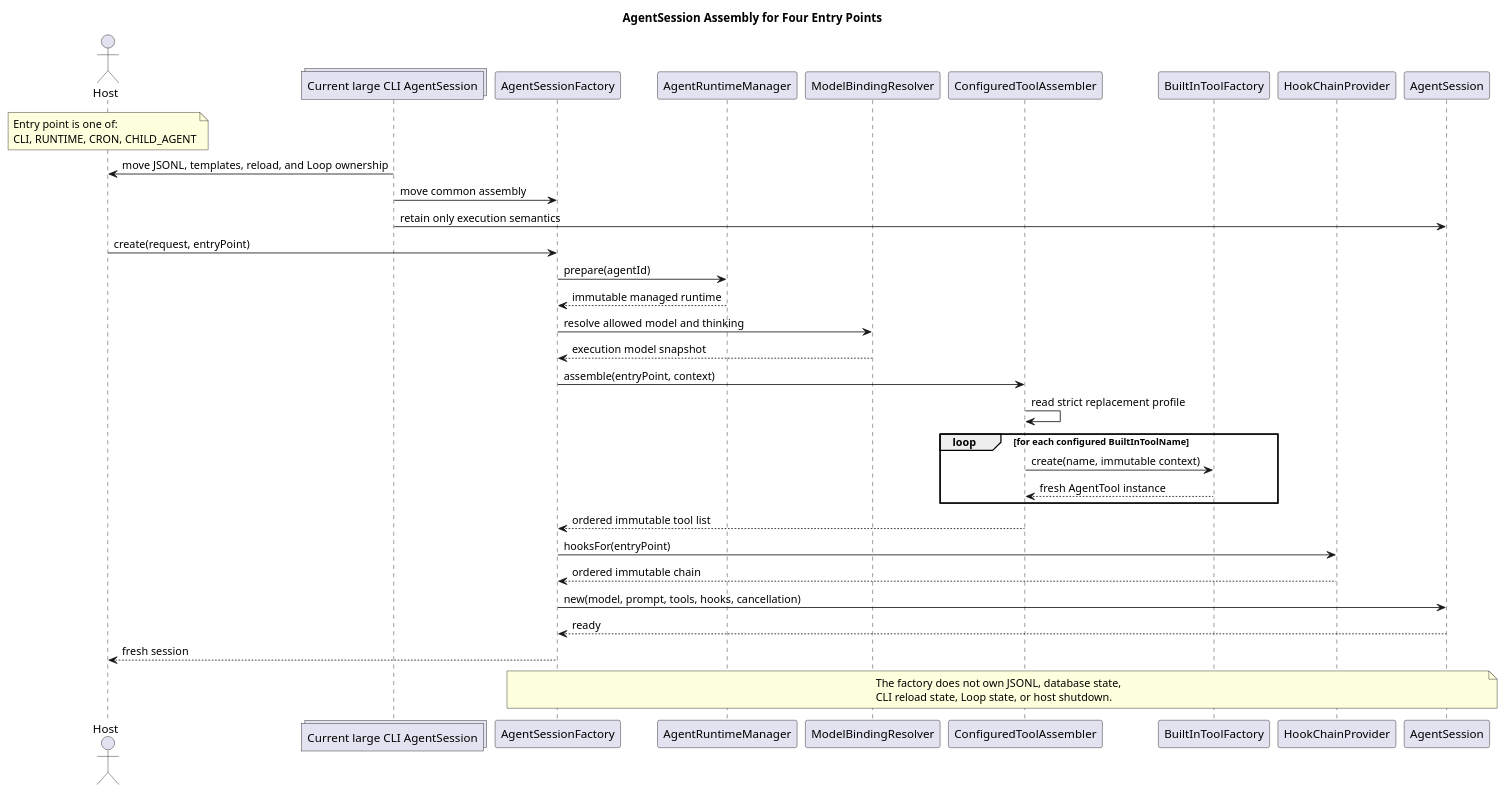
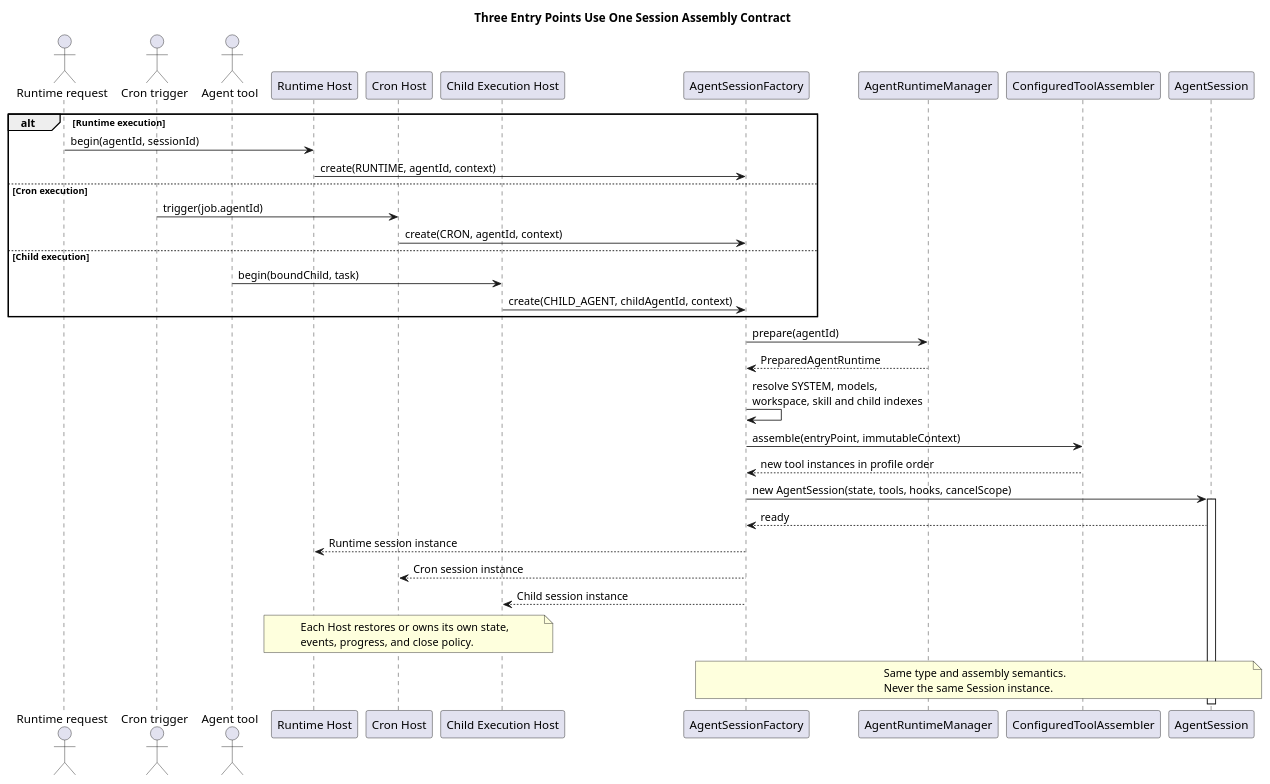
Before and after one commit to ssm0808/pi-mono-java-design: the second of 8 diagrams in pi-mono-java-tool-system/diagram.puml, drawn with PlantUML. The commit also changed other lines of this file and 13 other files, not shown here.

Commit message:
docs(tool-system): align managed tool contracts

```diff
--- a/pi-mono-java-tool-system/diagram.puml
+++ b/pi-mono-java-tool-system/diagram.puml
@@ -86,54 +92,55 @@
 @startuml agent_session_assembly
-title AgentSession Assembly for Four Entry Points
+title Three Entry Points Use One Session Assembly Contract
+skinparam shadowing false
 
-' Source evidence: pi-mono-java modules/coding-agent-cli/src/main/java/com/campusclaw/codingagent/cli/CampusClawCommand.java, createAgentSession
-' Source evidence: pi-mono-java modules/coding-agent-cli/src/main/java/com/campusclaw/codingagent/runtimeapi/runtime/RuntimeSessionEngineRegistry.java, createEngine
-' Source evidence: pi-mono-java modules/cron/src/main/java/com/campusclaw/cron/engine/CronJobExecutor.java, execute
-' Source evidence: pi-mono-java modules/coding-agent-cli/src/main/java/com/campusclaw/codingagent/runtime/TransientAgentRunner.java, run
-' Observed behavior: each entry point currently assembles or creates its Agent differently.
-' Architecture change: one factory creates a fresh lightweight session for all entry points.
-' Design reason: common behavior prevents tool, hook, cancellation, and model-policy drift.
+' Source evidence (CampusClaw d649866):
+' modules/coding-agent-cli/src/main/java/com/campusclaw/codingagent/runtime/AgentRuntimeManager.java: prepare
+' modules/coding-agent-cli/src/main/java/com/campusclaw/codingagent/runtimeapi/runtime/RuntimeSessionEngineRegistry.java
+' modules/coding-agent-cli/src/main/java/com/campusclaw/codingagent/session/AgentSession.java: initialize
+' Observed behavior: current entry paths do not share one small session factory.
+' Design reason: parent and child use the same AgentSession type and factory but
+' receive different instances, state, workspaces, tools, and cancellation scopes.
 
-skinparam shadowing false
-actor "Host" as HOST
-collections "Current large CLI AgentSession" as CURRENT
-participant "AgentSessionFactory" as SF
-participant "AgentRuntimeManager" as ARM
-participant "ModelBindingResolver" as MODEL
-participant "ConfiguredToolAssembler" as TA
-participant "BuiltInToolFactory" as TF
-participant "HookChainProvider" as HP
-participant "AgentSession" as SESSION
+actor "Runtime request" as Runtime
+actor "Cron trigger" as Cron
+actor "Agent tool" as AgentTool
+participant "Runtime Host" as RH
+participant "Cron Host" as CH
+participant "Child Execution Host" as EH
+participant "AgentSessionFactory" as Factory
+participant "AgentRuntimeManager" as Manager
+participant "ConfiguredToolAssembler" as Tools
+participant "AgentSession" as Session
 
-note over HOST
-Entry point is one of:
-CLI, RUNTIME, CRON, CHILD_AGENT
+alt Runtime execution
+  Runtime -> RH : begin(agentId, sessionId)
+  RH -> Factory : create(RUNTIME, agentId, context)
+else Cron execution
+  Cron -> CH : trigger(job.agentId)
+  CH -> Factory : create(CRON, agentId, context)
+else Child execution
+  AgentTool -> EH : begin(boundChild, task)
+  EH -> Factory : create(CHILD_AGENT, childAgentId, context)
+end
+
+Factory -> Manager : prepare(agentId)
+Manager --> Factory : PreparedAgentRuntime
+Factory -> Factory : resolve SYSTEM, models,\nworkspace, skill and child indexes
+Factory -> Tools : assemble(entryPoint, immutableContext)
+Tools --> Factory : new tool instances in profile order
+Factory -> Session ++ : new AgentSession(state, tools, hooks, cancelScope)
+Session --> Factory : ready
+Factory --> RH : Runtime session instance
+Factory --> CH : Cron session instance
+Factory --> EH : Child session instance
+
+note over RH,EH
+Each Host restores or owns its own state,
+events, progress, and close policy.
 end note
 
-CURRENT -> HOST : move JSONL, templates, reload, and Loop ownership
-CURRENT -> SF : move common assembly
-CURRENT -> SESSION : retain only execution semantics
-
-HOST -> SF : create(request, entryPoint)
-SF -> ARM : prepare(agentId)
-ARM --> SF : immutable managed runtime
-SF -> MODEL : resolve allowed model and thinking
-MODEL --> SF : execution model snapshot
-SF -> TA : assemble(entryPoint, context)
-TA -> TA : read strict replacement profile
-loop for each configured BuiltInToolName
-  TA -> TF : create(name, immutable context)
-  TF --> TA : fresh AgentTool instance
-end
-TA --> SF : ordered immutable tool list
-SF -> HP : hooksFor(entryPoint)
-HP --> SF : ordered immutable chain
-SF -> SESSION : new(model, prompt, tools, hooks, cancellation)
-SESSION --> SF : ready
-SF --> HOST : fresh session
-
-note over SF,SESSION
-The factory does not own JSONL, database state,
-CLI reload state, Loop state, or host shutdown.
+note over Factory,Session
+Same type and assembly semantics.
+Never the same Session instance.
 end note
 @enduml
```
